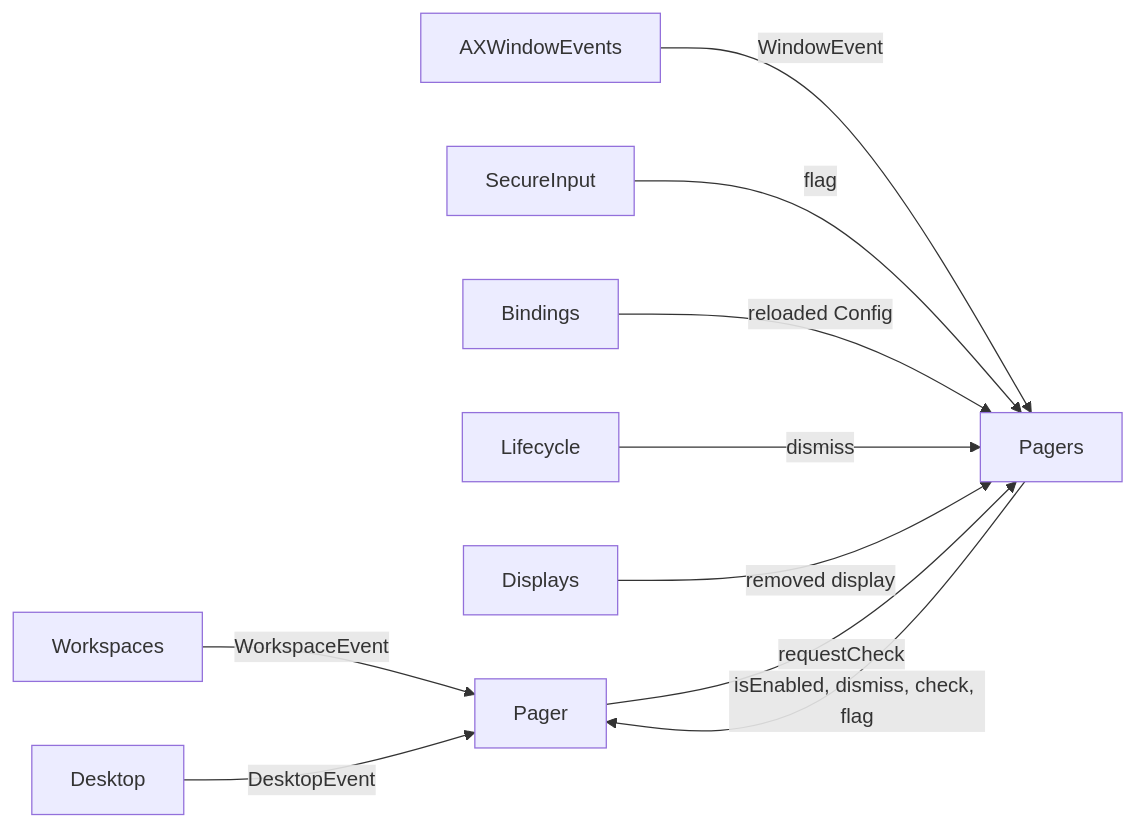
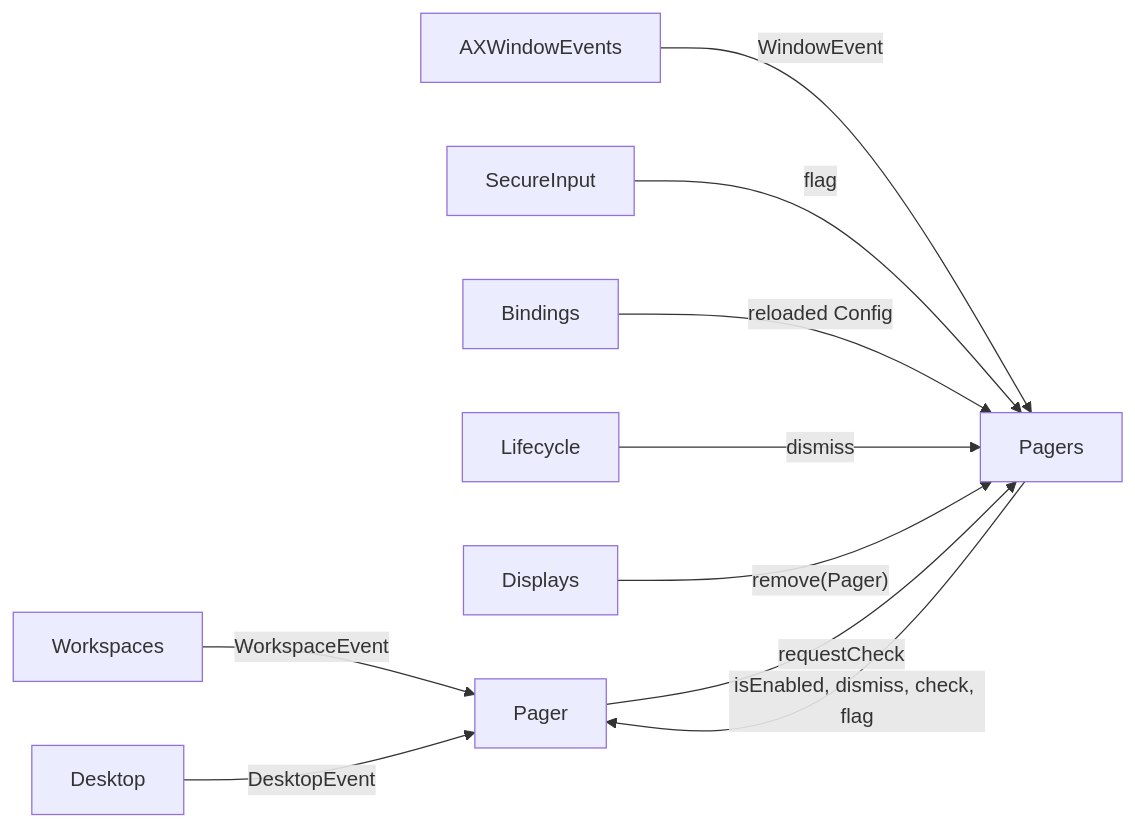
The ninth of 25 diagrams in ARCHITECTURE.md (brennovich/ottowm), drawn with Mermaid before and after one commit. The commit also changed other lines of this file and 5 other files, not shown here.

First line of the commit message:
Remove a display's Pager with the closure its engine came with

````diff
--- a/ARCHITECTURE.md
+++ b/ARCHITECTURE.md
@@ -176,12 +176,12 @@
 ```mermaid
 flowchart LR
     Workspaces -->|WorkspaceEvent| Pager
     Desktop -->|DesktopEvent| Pager
     AXWindowEvents -->|WindowEvent| Pagers
     SecureInput -->|flag| Pagers
     Bindings -->|reloaded Config| Pagers
     Lifecycle -->|dismiss| Pagers
-    Displays -->|removed display| Pagers
+    Displays -->|"remove(Pager)"| Pagers
     Pager -->|requestCheck| Pagers
     Pagers -->|"isEnabled, dismiss, check, flag"| Pager
 ```
````
